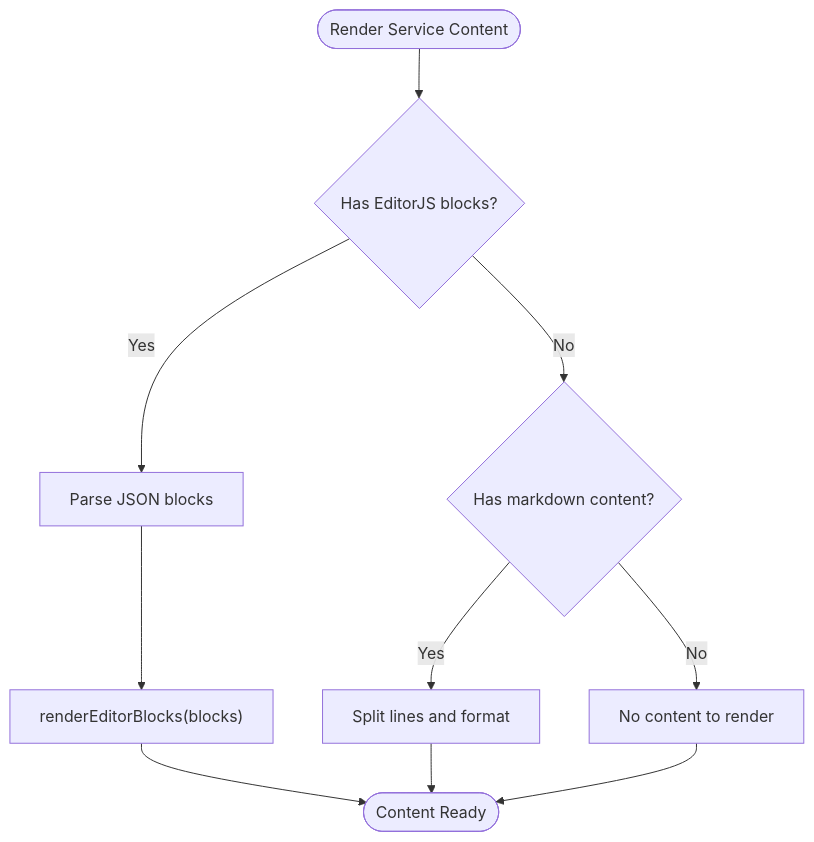
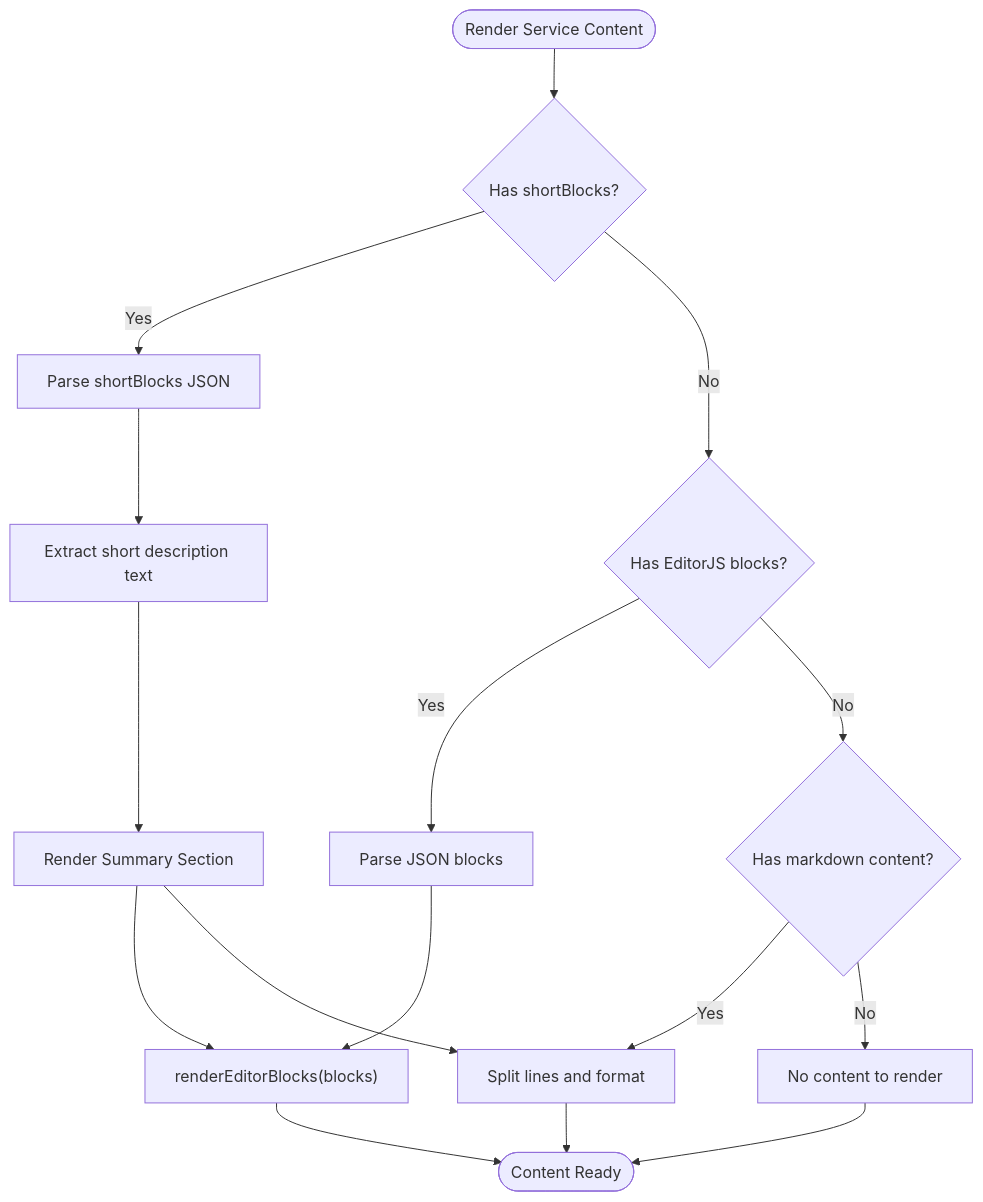
Before and after one commit to xLegarda/GreenAxis: the seventh of 13 diagrams in .qoder/repowiki/en/content/Core Features Implementation/Public Website Features/Services Catalog System.md, drawn with Mermaid. The commit also changed other lines of this file and 42 other files, not shown here.

````diff
--- a/.qoder/repowiki/en/content/Core Features Implementation/Public Website Features/Services Catalog System.md
+++ b/.qoder/repowiki/en/content/Core Features Implementation/Public Website Features/Services Catalog System.md
@@ -325,12 +342,18 @@
 ```mermaid
 flowchart TD
-Start(["Render Service Content"]) --> HasBlocks{"Has EditorJS blocks?"}
+Start(["Render Service Content"]) --> HasShortBlocks{"Has shortBlocks?"}
+HasShortBlocks --> |Yes| ParseShort["Parse shortBlocks JSON"]
+ParseShort --> ExtractShort["Extract short description text"]
+ExtractShort --> RenderSummary["Render Summary Section"]
+HasShortBlocks --> |No| HasBlocks{"Has EditorJS blocks?"}
 HasBlocks --> |Yes| Parse["Parse JSON blocks"]
 Parse --> RenderBlocks["renderEditorBlocks(blocks)"]
 HasBlocks --> |No| HasMarkdown{"Has markdown content?"}
 HasMarkdown --> |Yes| ParseMD["Split lines and format"]
 HasMarkdown --> |No| Empty["No content to render"]
+RenderSummary --> RenderBlocks
+RenderSummary --> ParseMD
 RenderBlocks --> End(["Content Ready"])
 ParseMD --> End
 Empty --> End
 ```
````
